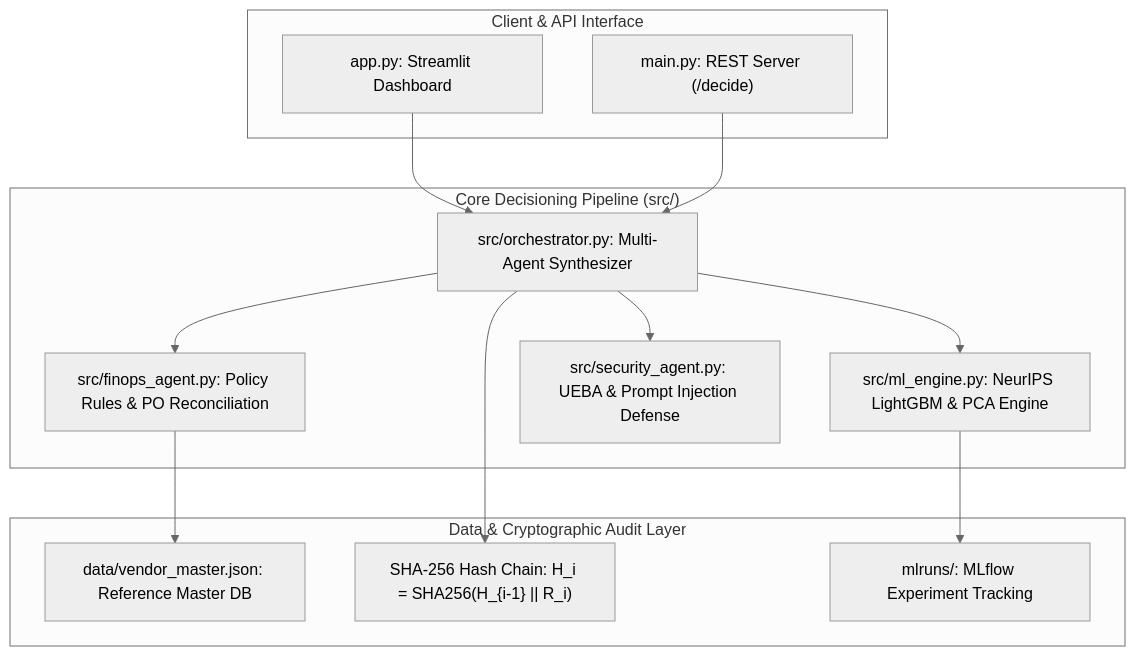
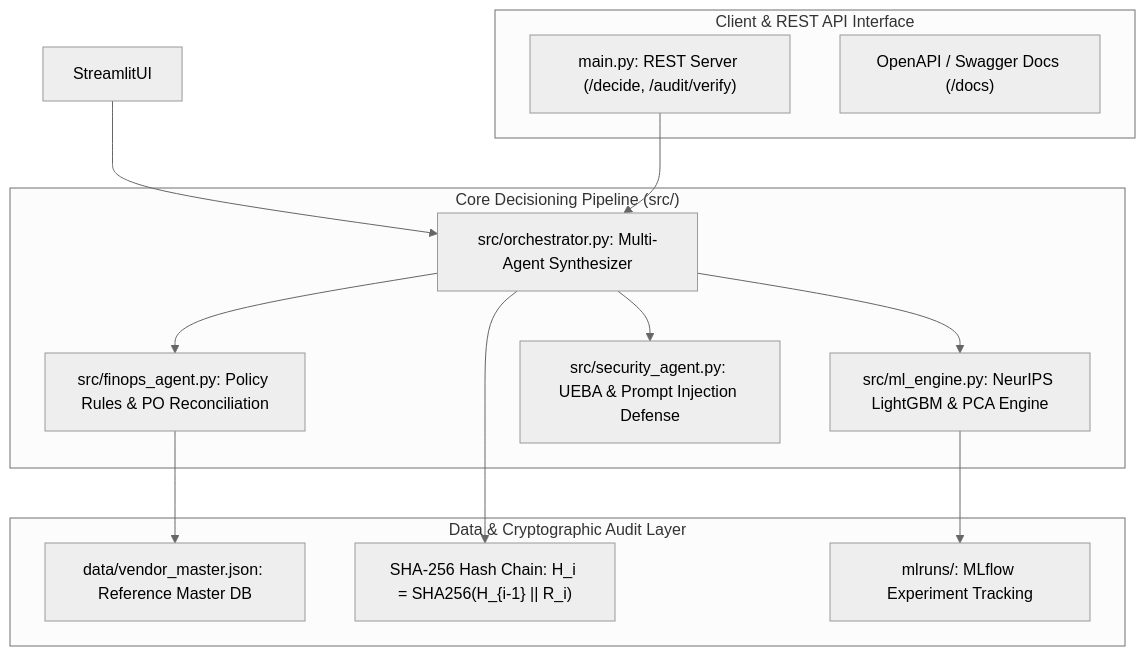
Before and after one commit to PriyankaHichkad/FinOps-Security-Agent: the first of 2 diagrams in docs/DeveloperGuide.md, drawn with Mermaid (neutral theme). The commit also changed 12 other files, not shown here.

````diff
--- a/docs/DeveloperGuide.md
+++ b/docs/DeveloperGuide.md
@@ -28,26 +28,26 @@
 ```mermaid
 flowchart TD
-    subgraph ClientLayer ["Client & API Interface"]
-        StreamlitUI["app.py: Streamlit Dashboard"]
-        FastAPIEndpoint["main.py: REST Server (/decide)"]
+    subgraph ClientLayer ["Client & REST API Interface"]
+        FastAPIEndpoint["main.py: REST Server (/decide, /audit/verify)"]
+        SwaggerUI["OpenAPI / Swagger Docs (/docs)"]
     end
 
     subgraph CoreEngine ["Core Decisioning Pipeline (src/)"]
         Orchestrator["src/orchestrator.py: Multi-Agent Synthesizer"]
         MLEngine["src/ml_engine.py: NeurIPS LightGBM & PCA Engine"]
         FinOpsAgent["src/finops_agent.py: Policy Rules & PO Reconciliation"]
         SecOpsAgent["src/security_agent.py: UEBA & Prompt Injection Defense"]
     end
 
     subgraph DataStorage ["Data & Cryptographic Audit Layer"]
         VendorMaster["data/vendor_master.json: Reference Master DB"]
         AuditLedger["SHA-256 Hash Chain: H_i = SHA256(H_{i-1} || R_i)"]
         MLflowStore["mlruns/: MLflow Experiment Tracking"]
     end
 
     StreamlitUI & FastAPIEndpoint --> Orchestrator
     Orchestrator --> FinOpsAgent & MLEngine & SecOpsAgent
     FinOpsAgent --> VendorMaster
     MLEngine --> MLflowStore
     Orchestrator --> AuditLedger
 ```
````
